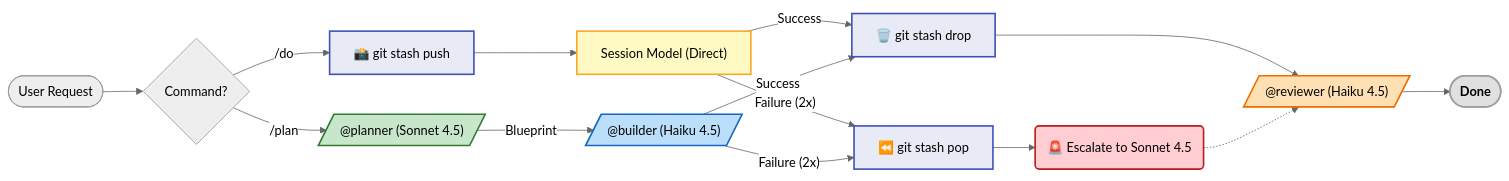
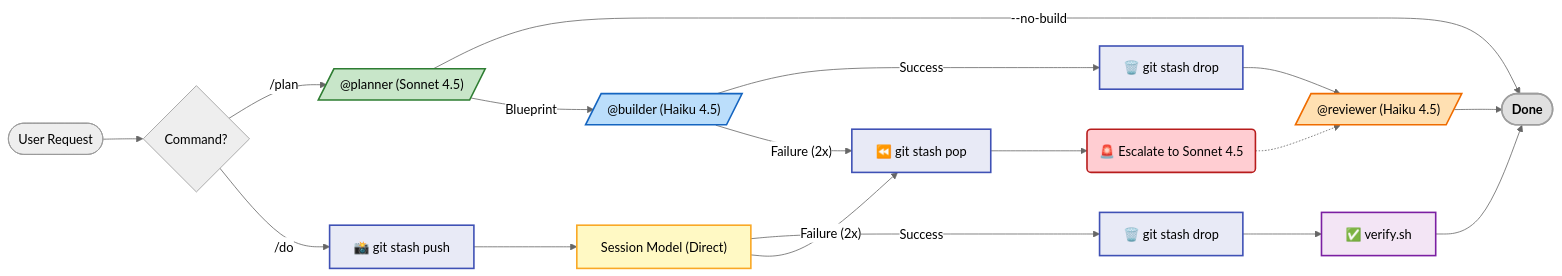
One commit to move-hoon/claude-pro-minmax changed the diagram in README.md. Above: the diagram before and after it, drawn with Mermaid (neutral theme). The commit also changed 1 other file, not shown here.

Commit message:
docs: clarify plan review step and readme workflow
- clarify /plan flow to state reviewer step after implementation

- update README workflow diagram for no-build path and explicit verify step

- keep scope limited to plan command and English README

````diff
--- a/README.md
+++ b/README.md
@@ -86,35 +86,40 @@
 ```mermaid
 flowchart LR
     Start([User Request]) --> Cmd{Command?}
 
     Cmd -->|/plan| Plan[/"@planner (Sonnet 4.5)"/]
     Cmd -->|/do| Snap["📸 git stash push"]
 
     Snap --> Exec["Session Model (Direct)"]
+    Plan -->|"--no-build"| Done([Done])
     Plan -->|Blueprint| Build[/"@builder (Haiku 4.5)"/]
-    Exec -- "Success" --> Drop["🗑️ git stash drop"]
-    Build -- "Success" --> Drop
-    Drop --> Review[/"@reviewer (Haiku 4.5)"/]
+    Exec -- "Success" --> DropDo["🗑️ git stash drop"]
+    Build -- "Success" --> DropPlan["🗑️ git stash drop"]
+    DropDo --> Verify["✅ verify.sh"]
+    DropPlan --> Review[/"@reviewer (Haiku 4.5)"/]
     Exec -- "Failure (2x)" --> Pop["⏪ git stash pop"]
     Build -- "Failure (2x)" --> Pop
     Pop --> Escalate("🚨 Escalate to Sonnet 4.5")
 
-    Review --> Done([Done])
+    Verify --> Done
+    Review --> Done
     Escalate -.-> Review
 
     classDef planner fill:#c8e6c9,stroke:#2e7d32,stroke-width:2px;
     classDef builder fill:#bbdefb,stroke:#1565c0,stroke-width:2px;
     classDef reviewer fill:#ffe0b2,stroke:#ef6c00,stroke-width:2px;
     classDef escalate fill:#ffcdd2,stroke:#b71c1c,stroke-width:2px;
     classDef done fill:#e0e0e0,stroke:#9e9e9e,stroke-width:2px,font-weight:bold;
     classDef snapshot fill:#e8eaf6,stroke:#3f51b5,stroke-width:2px;
     classDef direct fill:#fff9c4,stroke:#f9a825,stroke-width:2px;
+    classDef verify fill:#f3e5f5,stroke:#7b1fa2,stroke-width:2px;
 
     class Plan planner;
     class Build builder;
     class Review reviewer;
     class Escalate escalate;
     class Done done;
-    class Snap,Drop,Pop snapshot;
+    class Snap,DropDo,DropPlan,Pop snapshot;
     class Exec direct;
+    class Verify verify;
 ```
````
